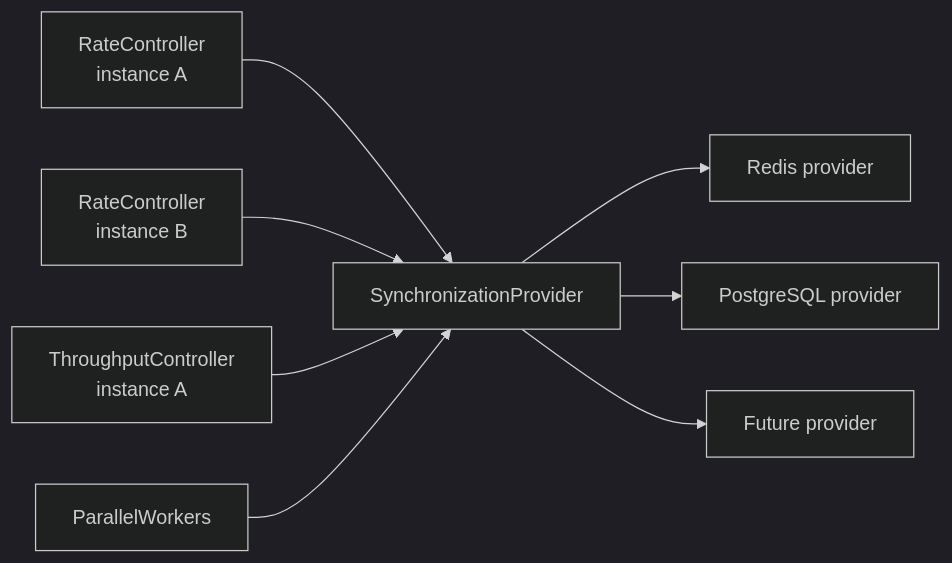
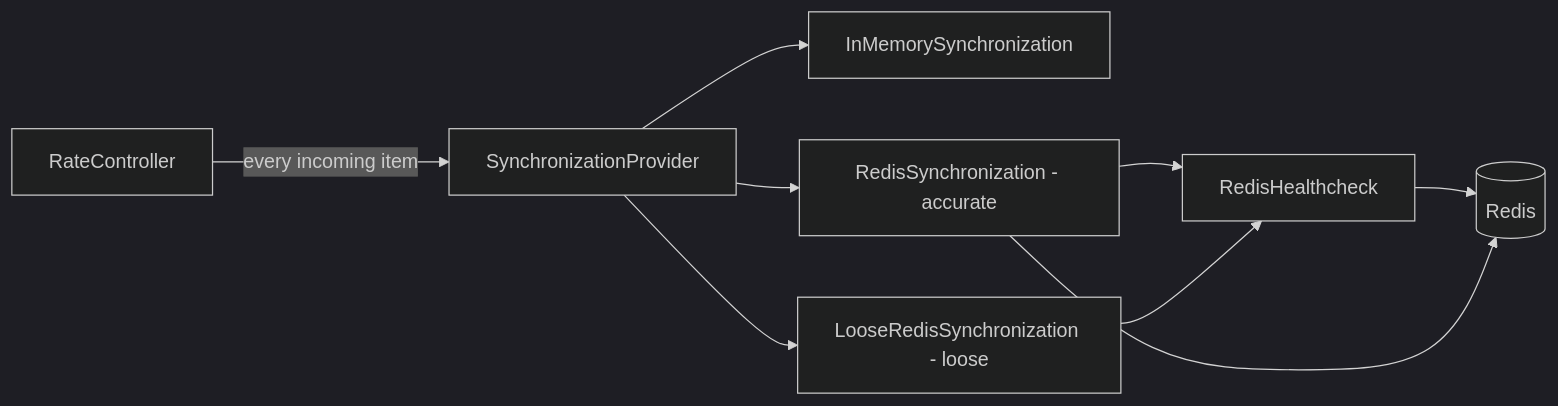
One commit to MatanelGordon/Limitful changed the diagram in docs/utilities/synchronization-provider.md. Above: the diagram before and after it, drawn with Mermaid (dark theme). The commit also changed other lines of this file and 10 other files, not shown here.

````diff
--- a/docs/utilities/synchronization-provider.md
+++ b/docs/utilities/synchronization-provider.md
@@ -31,10 +42,11 @@
 ```mermaid
 flowchart LR
-  RC1[RateController\ninstance A] --> SP[SynchronizationProvider]
-  RC2[RateController\ninstance B] --> SP
-  TC1[ThroughputController\ninstance A] --> SP
-  PW[ParallelWorkers] --> SP
-  SP --> R[Redis provider]
-  SP --> P[PostgreSQL provider]
-  SP --> F[Future provider]
+  RC[RateController] -->|"every incoming item"| SP[SynchronizationProvider]
+  SP --> IM[InMemorySynchronization]
+  SP --> RS[RedisSynchronization - accurate]
+  SP --> LRS[LooseRedisSynchronization - loose]
+  RS --> HC[RedisHealthcheck]
+  LRS --> HC
+  HC --> R[(Redis)]
+  RS --> R
 ```
````
